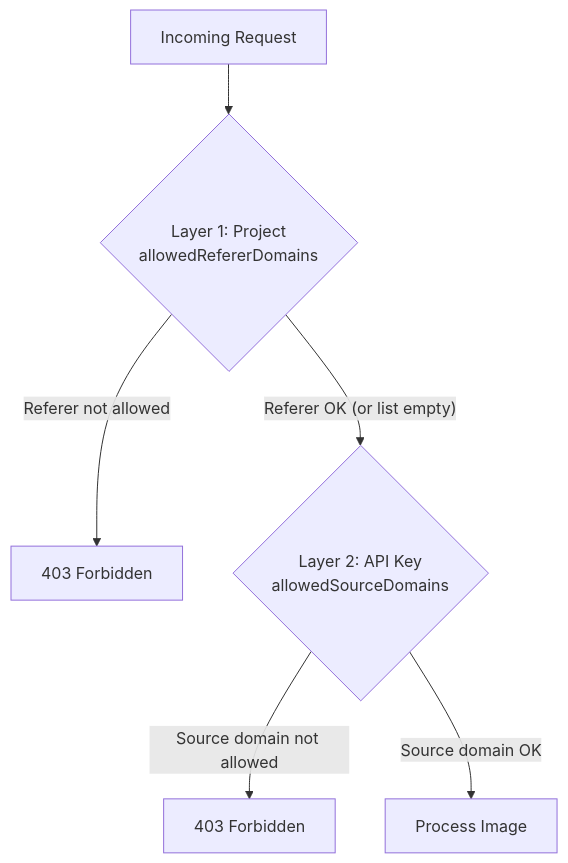
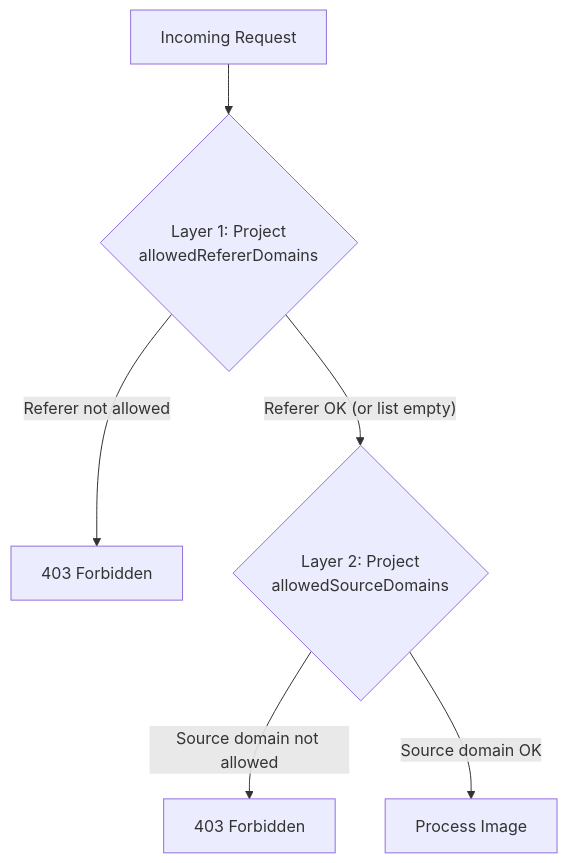
Before and after one commit to EricTsai83/optstuff: the diagram in apps/docs/content/docs/guides/domain-whitelisting.mdx, drawn with Mermaid. The commit also changed other lines of this file and 29 other files, not shown here.

````diff
--- a/apps/docs/content/docs/guides/domain-whitelisting.mdx
+++ b/apps/docs/content/docs/guides/domain-whitelisting.mdx
@@ -10,8 +10,8 @@
 ```mermaid
 flowchart TD
   A["Incoming Request"] --> B{"Layer 1: Project\nallowedRefererDomains"}
   B -->|"Referer not allowed"| X1["403 Forbidden"]
-  B -->|"Referer OK (or list empty)"| C{"Layer 2: API Key\nallowedSourceDomains"}
+  B -->|"Referer OK (or list empty)"| C{"Layer 2: Project\nallowedSourceDomains"}
   C -->|"Source domain not allowed"| X2["403 Forbidden"]
   C -->|"Source domain OK"| D["Process Image"]
 ```
````
